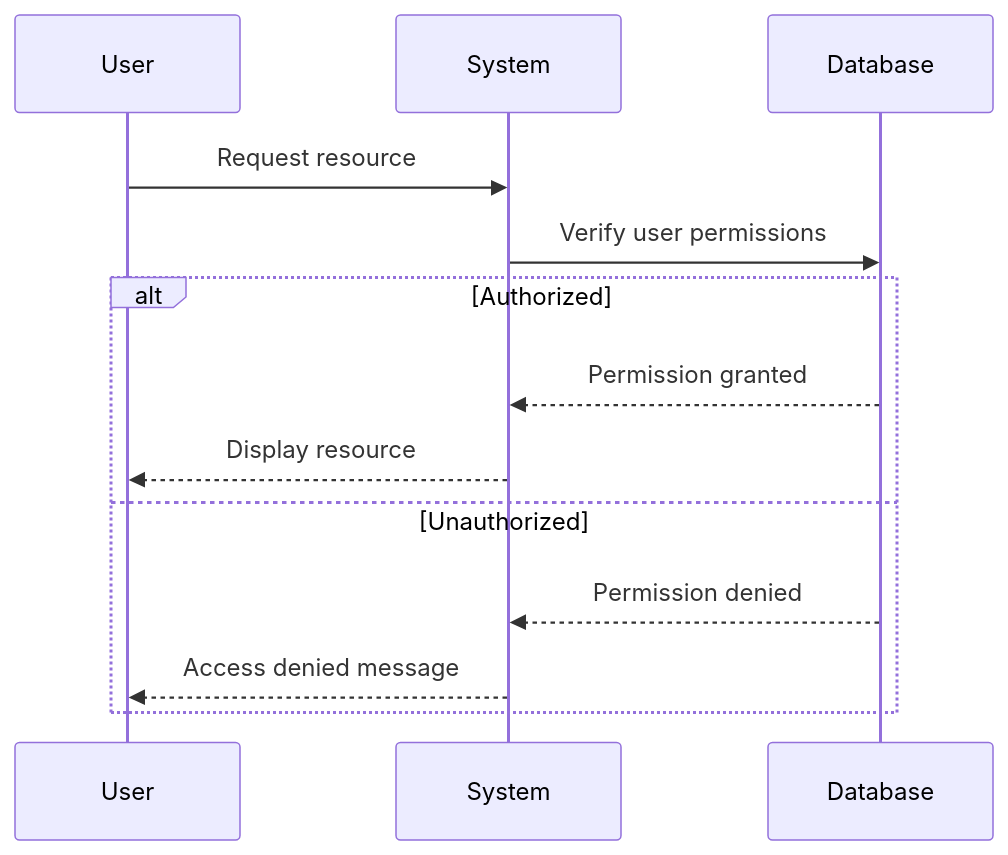
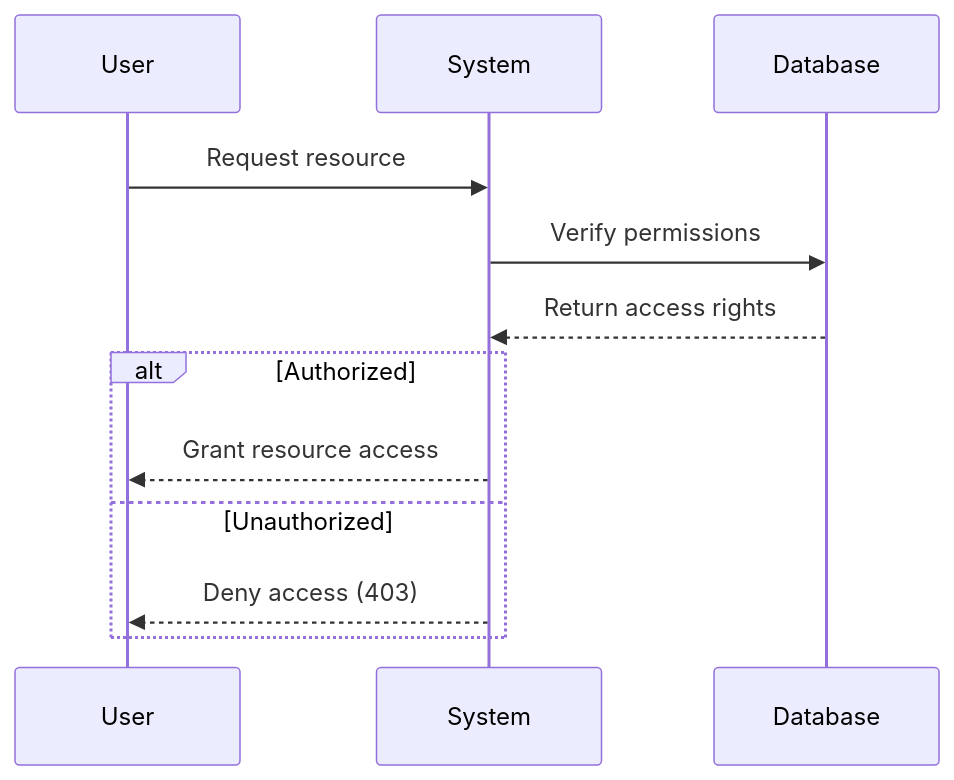
One commit to abdullah2323442/thesisrepo-backup changed the second of 41 diagrams in sequence-academic.md. Above: the diagram before and after it, drawn with Mermaid. The commit also changed other lines of this file, not shown here.

Commit message:
update sequence academic md

````diff
--- a/sequence-academic.md
+++ b/sequence-academic.md
@@ -68,17 +52,16 @@
 ```mermaid
 sequenceDiagram
-    participant User
-    participant System
-    participant Database
+    participant U as User
+    participant S as System
+    participant DB as Database
 
-    User->>System: Request resource
-    System->>Database: Verify user permissions
+    U->>S: Request resource
+    S->>DB: Verify permissions
+    DB-->>S: Return access rights
     
     alt Authorized
-        Database-->>System: Permission granted
-        System-->>User: Display resource
+        S-->>U: Grant resource access
     else Unauthorized
-        Database-->>System: Permission denied
-        System-->>User: Access denied message
+        S-->>U: Deny access (403)
     end
 ```
````
